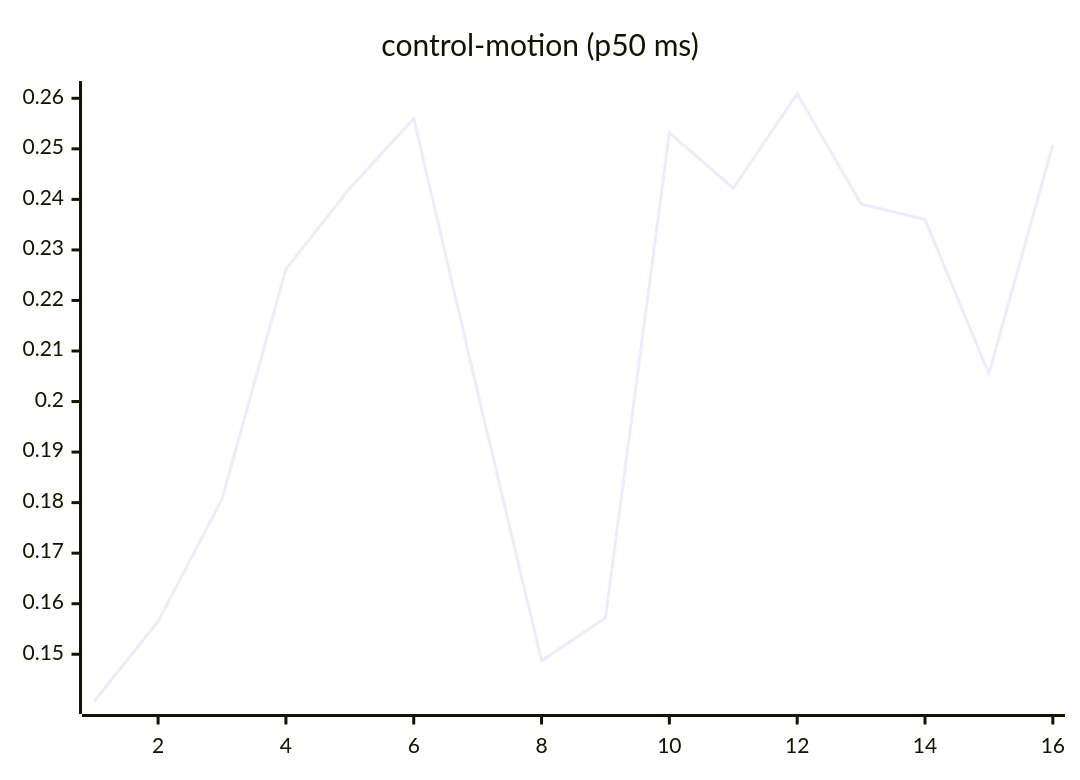
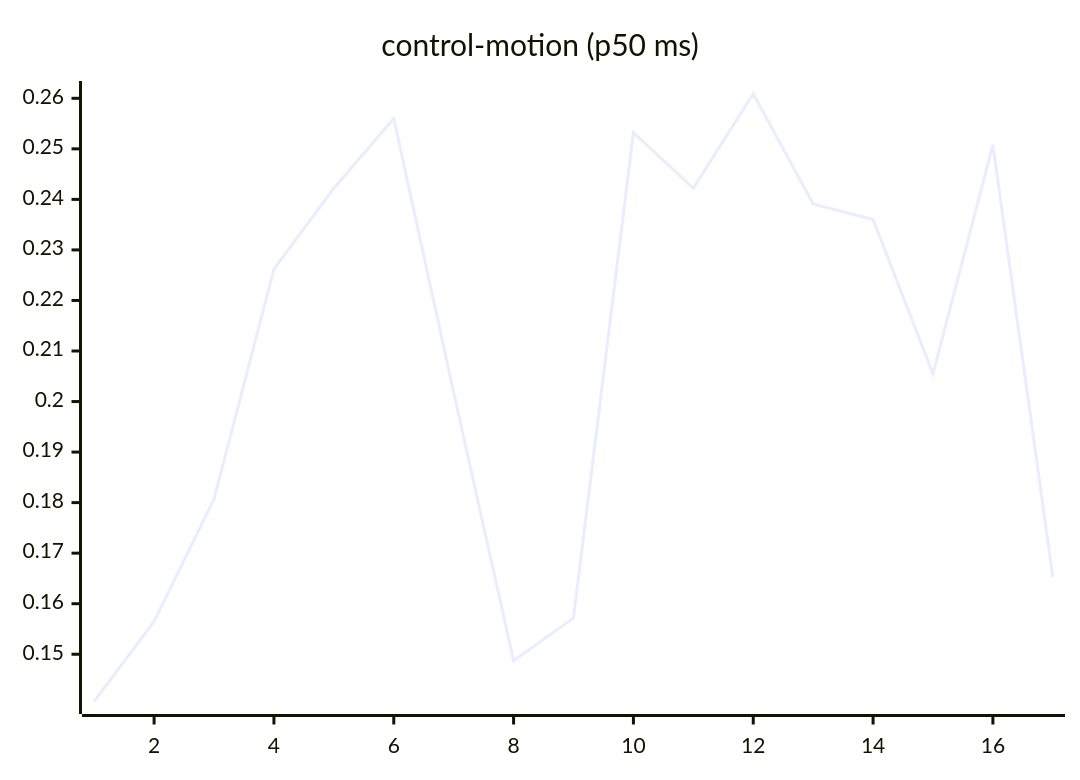
One commit to josha/Facet changed the seventh of 27 diagrams in README.md. Above: the diagram before and after it, drawn with Mermaid. The commit also changed other lines of this file and 2 other files, not shown here.

````diff
--- a/README.md
+++ b/README.md
@@ -105,6 +105,6 @@
 ```mermaid
 xychart-beta
     title "control-motion (p50 ms)"
-    x-axis 1 --> 16
-    line [0.1407, 0.1565, 0.1807, 0.2262, 0.2422, 0.2560, 0.2018, 0.1487, 0.1572, 0.2532, 0.2422, 0.2609, 0.2391, 0.2360, 0.2055, 0.2508]
+    x-axis 1 --> 17
+    line [0.1407, 0.1565, 0.1807, 0.2262, 0.2422, 0.2560, 0.2018, 0.1487, 0.1572, 0.2532, 0.2422, 0.2609, 0.2391, 0.2360, 0.2055, 0.2508, 0.1653]
 ```
````
